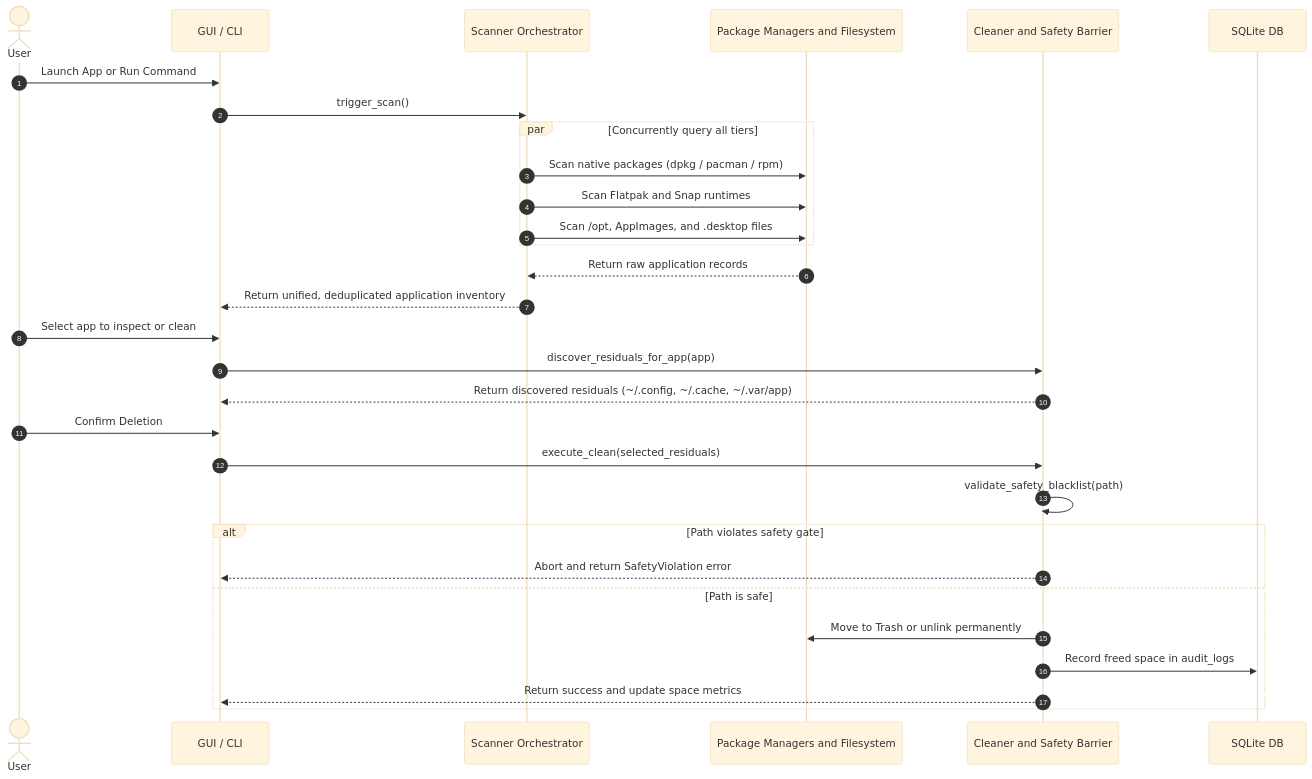
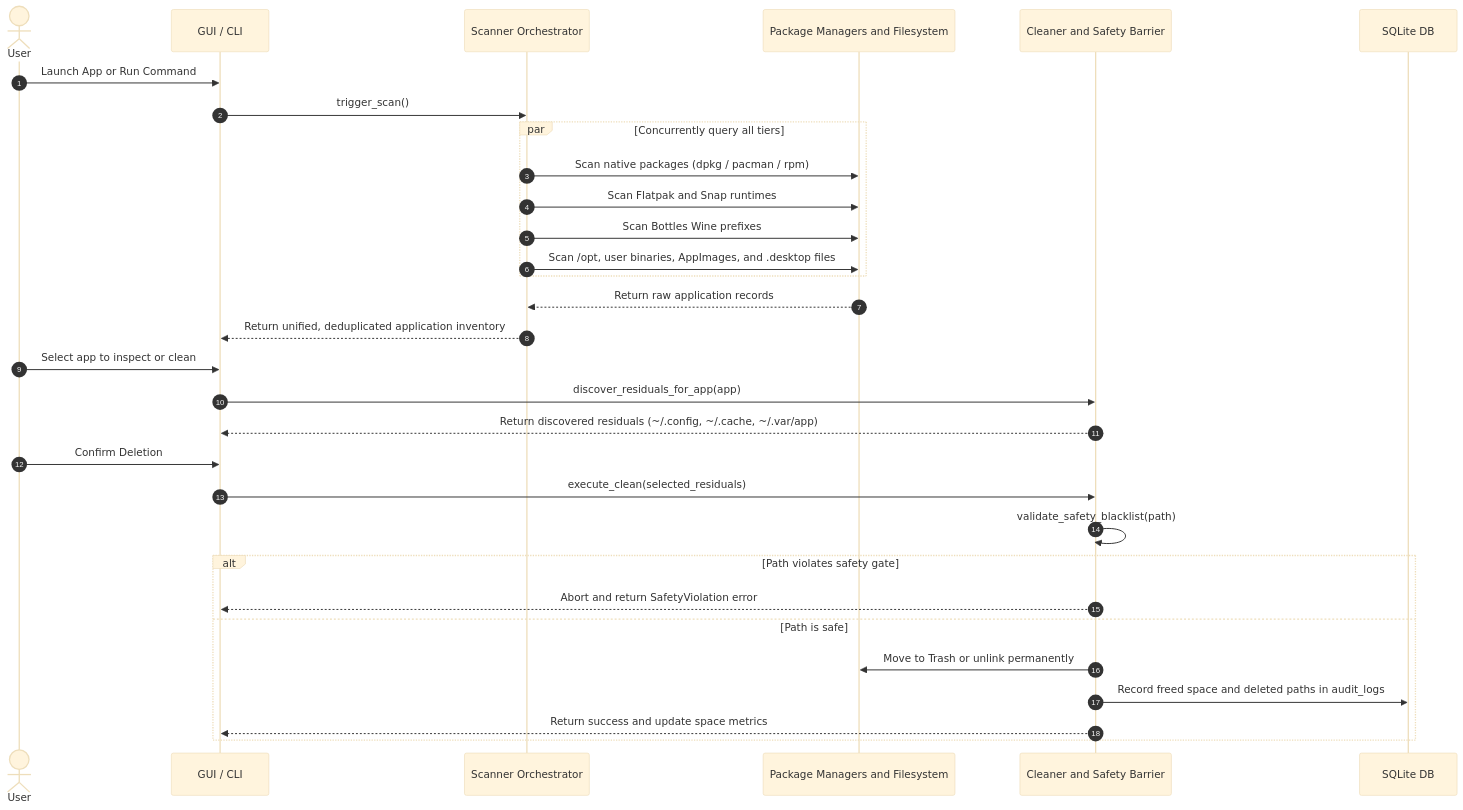
One commit to haydermuhib/SweepX changed the third of 3 diagrams in ARCHITECTURE.md. Above: the diagram before and after it, drawn with Mermaid (base theme). The commit also changed other lines of this file, not shown here.

Commit message:
docs: sync ARCHITECTURE.md with Iced 0.14, Bottles scanner, UI views, and Wayland window tracking

````diff
--- a/ARCHITECTURE.md
+++ b/ARCHITECTURE.md
@@ -192,35 +215,36 @@
 ```mermaid
 sequenceDiagram
     autonumber
     actor User
     participant UI as GUI / CLI
     participant Orch as Scanner Orchestrator
     participant PM as Package Managers and Filesystem
     participant Clean as Cleaner and Safety Barrier
     participant DB as SQLite DB
 
     User->>UI: Launch App or Run Command
     UI->>Orch: trigger_scan()
     par Concurrently query all tiers
         Orch->>PM: Scan native packages (dpkg / pacman / rpm)
         Orch->>PM: Scan Flatpak and Snap runtimes
-        Orch->>PM: Scan /opt, AppImages, and .desktop files
+        Orch->>PM: Scan Bottles Wine prefixes
+        Orch->>PM: Scan /opt, user binaries, AppImages, and .desktop files
     end
     PM-->>Orch: Return raw application records
     Orch-->>UI: Return unified, deduplicated application inventory
 
     User->>UI: Select app to inspect or clean
     UI->>Clean: discover_residuals_for_app(app)
     Clean-->>UI: Return discovered residuals (~/.config, ~/.cache, ~/.var/app)
 
     User->>UI: Confirm Deletion
     UI->>Clean: execute_clean(selected_residuals)
     Clean->>Clean: validate_safety_blacklist(path)
     alt Path violates safety gate
         Clean-->>UI: Abort and return SafetyViolation error
     else Path is safe
         Clean->>PM: Move to Trash or unlink permanently
-        Clean->>DB: Record freed space in audit_logs
+        Clean->>DB: Record freed space and deleted paths in audit_logs
         Clean-->>UI: Return success and update space metrics
     end
 ```
````
